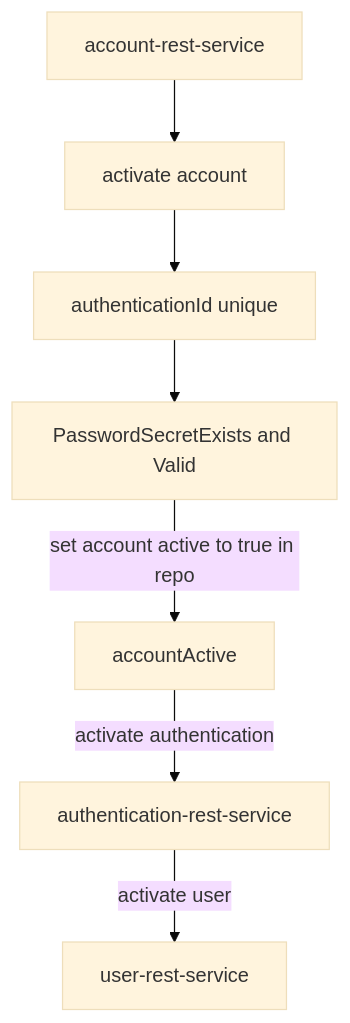
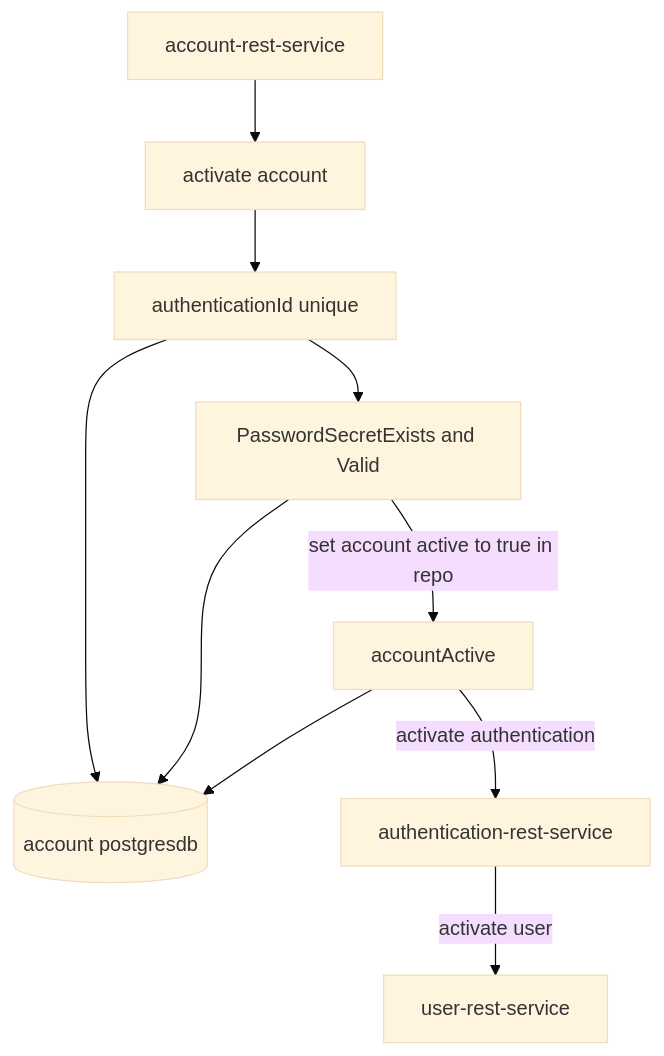
Before and after one commit to sonamsamdupkhangsar/account-rest-service: the second of 2 diagrams in README.md, drawn with Mermaid (base theme).

````diff
--- a/README.md
+++ b/README.md
@@ -91,9 +91,12 @@
 ```mermaid
 flowchart TD
   account-rest-service --> activateAccount["activate account"]
   activateAccount --> authenticationIdUnique["authenticationId unique"]
+  authenticationIdUnique --> accountDb[(account postgresdb)]
   authenticationIdUnique --> passwordSecretExists[PasswordSecretExists and Valid]
+  passwordSecretExists --> accountDb
   passwordSecretExists --"set account active to true in repo"--> accountActive
+  accountActive --> accountDb
   accountActive --"activate authentication"--> activateAuthentication[authentication-rest-service]
   activateAuthentication --"activate user"--> activateUser["user-rest-service"] 
 ```  
````
